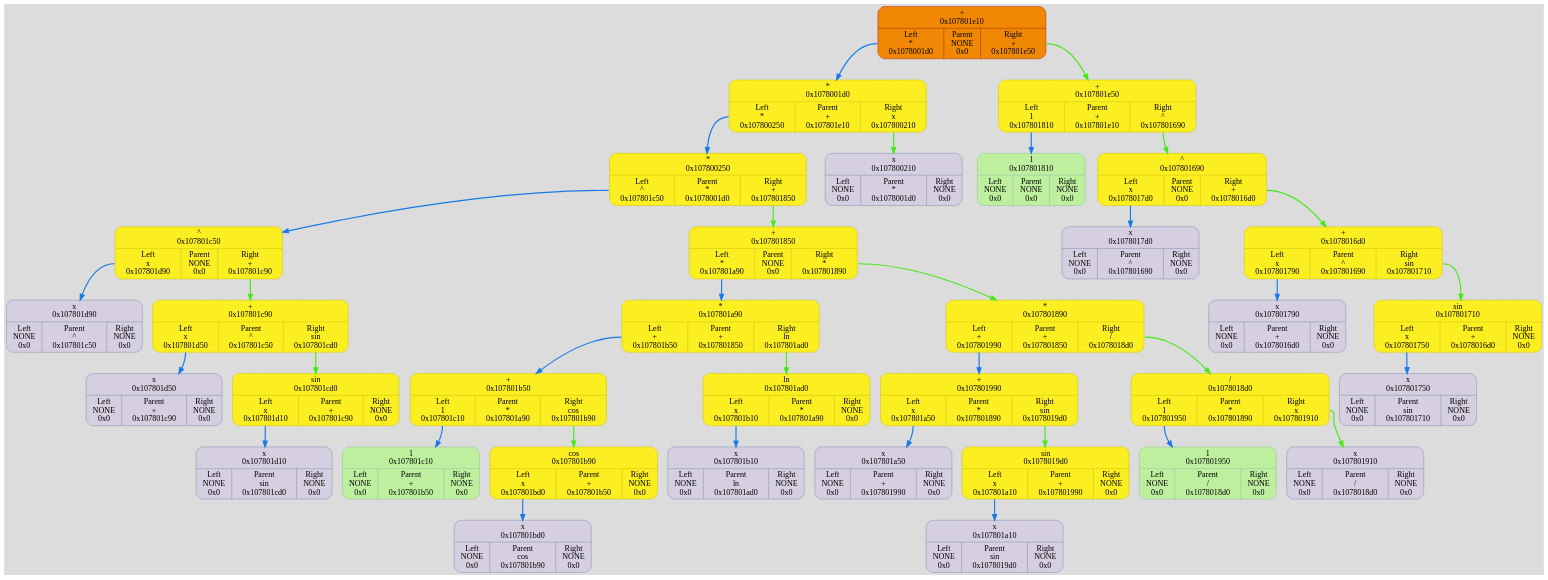
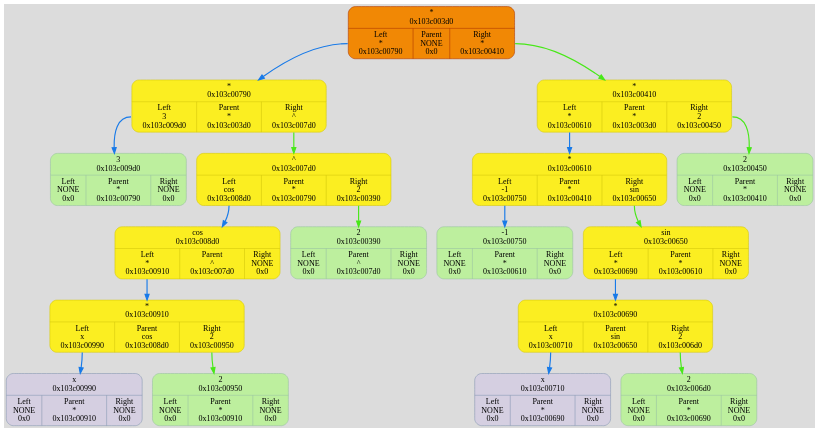
Before and after one commit to TolikRogov/Differentiator: the diagram in dump/graph.dot, drawn with Graphviz. The commit also changed 17 other files, not shown here.

```diff
--- a/dump/graph.dot
+++ b/dump/graph.dot
@@ -2,105 +2,54 @@
 	fontname = "UbuntuMono";
 	bgcolor = "#DCDCDC";
 
-	node0x107801e10 [ shape = Mrecord; style = filled; fillcolor = "#FBEE21"; color = "#D3C70D"; fontcolor = "#000000"; label = " { +\n0x107801e10 | { <left> Left\n*\n0x1078001d0 | Parent\nNONE\n0x0 | <right> Right\n+\n0x107801e50 } } "; ];
-	node0x107801e10:<left> -> node0x1078001d0 [ style = "bold"; color = "#187AE8"; label = ""; ];
-	node0x1078001d0 [ shape = Mrecord; style = filled; fillcolor = "#FBEE21"; color = "#D3C70D"; fontcolor = "#000000"; label = " { *\n0x1078001d0 | { <left> Left\n*\n0x107800250 | Parent\n+\n0x107801e10 | <right> Right\nx\n0x107800210 } } "; ];
-	node0x1078001d0:<left> -> node0x107800250 [ style = "bold"; color = "#187AE8"; label = ""; ];
-	node0x107800250 [ shape = Mrecord; style = filled; fillcolor = "#FBEE21"; color = "#D3C70D"; fontcolor = "#000000"; label = " { *\n0x107800250 | { <left> Left\n^\n0x107801c50 | Parent\n*\n0x1078001d0 | <right> Right\n+\n0x107801850 } } "; ];
-	node0x107800250:<left> -> node0x107801c50 [ style = "bold"; color = "#187AE8"; label = ""; ];
-	node0x107801c50 [ shape = Mrecord; style = filled; fillcolor = "#FBEE21"; color = "#D3C70D"; fontcolor = "#000000"; label = " { ^\n0x107801c50 | { <left> Left\nx\n0x107801d90 | Parent\nNONE\n0x0 | <right> Right\n+\n0x107801c90 } } "; ];
-	node0x107801c50:<left> -> node0x107801d90 [ style = "bold"; color = "#187AE8"; label = ""; ];
-	node0x107801d90 [ shape = Mrecord; style = filled; fillcolor = "#D5CFE1"; color = "#8797b2"; fontcolor = "#000000"; label = " { x\n0x107801d90 | { <left> Left\nNONE\n0x0 | Parent\n^\n0x107801c50 | <right> Right\nNONE\n0x0 } } "; ];
-	node0x107801e10 [ fillcolor = "#F18805"; color = "#AF3800"; fontcolor = "#000000"; ];
-	node0x107801c90 [ shape = Mrecord; style = filled; fillcolor = "#FBEE21"; color = "#D3C70D"; fontcolor = "#000000"; label = " { +\n0x107801c90 | { <left> Left\nx\n0x107801d50 | Parent\n^\n0x107801c50 | <right> Right\nsin\n0x107801cd0 } } "; ];
-	node0x107801c90:<left> -> node0x107801d50 [ style = "bold"; color = "#187AE8"; label = ""; ];
-	node0x107801d50 [ shape = Mrecord; style = filled; fillcolor = "#D5CFE1"; color = "#8797b2"; fontcolor = "#000000"; label = " { x\n0x107801d50 | { <left> Left\nNONE\n0x0 | Parent\n+\n0x107801c90 | <right> Right\nNONE\n0x0 } } "; ];
-	node0x107801e10 [ fillcolor = "#F18805"; color = "#AF3800"; fontcolor = "#000000"; ];
-	node0x107801cd0 [ shape = Mrecord; style = filled; fillcolor = "#FBEE21"; color = "#D3C70D"; fontcolor = "#000000"; label = " { sin\n0x107801cd0 | { <left> Left\nx\n0x107801d10 | Parent\n+\n0x107801c90 | <right> Right\nNONE\n0x0 } } "; ];
-	node0x107801cd0:<left> -> node0x107801d10 [ style = "bold"; color = "#187AE8"; label = ""; ];
-	node0x107801d10 [ shape = Mrecord; style = filled; fillcolor = "#D5CFE1"; color = "#8797b2"; fontcolor = "#000000"; label = " { x\n0x107801d10 | { <left> Left\nNONE\n0x0 | Parent\nsin\n0x107801cd0 | <right> Right\nNONE\n0x0 } } "; ];
-	node0x107801e10 [ fillcolor = "#F18805"; color = "#AF3800"; fontcolor = "#000000"; ];
-	node0x107801e10 [ fillcolor = "#F18805"; color = "#AF3800"; fontcolor = "#000000"; ];
-	node0x107801c90:<right> -> node0x107801cd0 [ style = "bold"; color = "#48E818"; label = ""; ];
-	node0x107801e10 [ fillcolor = "#F18805"; color = "#AF3800"; fontcolor = "#000000"; ];
-	node0x107801c50:<right> -> node0x107801c90 [ style = "bold"; color = "#48E818"; label = ""; ];
-	node0x107801e10 [ fillcolor = "#F18805"; color = "#AF3800"; fontcolor = "#000000"; ];
-	node0x107801850 [ shape = Mrecord; style = filled; fillcolor = "#FBEE21"; color = "#D3C70D"; fontcolor = "#000000"; label = " { +\n0x107801850 | { <left> Left\n*\n0x107801a90 | Parent\nNONE\n0x0 | <right> Right\n*\n0x107801890 } } "; ];
-	node0x107801850:<left> -> node0x107801a90 [ style = "bold"; color = "#187AE8"; label = ""; ];
-	node0x107801a90 [ shape = Mrecord; style = filled; fillcolor = "#FBEE21"; color = "#D3C70D"; fontcolor = "#000000"; label = " { *\n0x107801a90 | { <left> Left\n+\n0x107801b50 | Parent\n+\n0x107801850 | <right> Right\nln\n0x107801ad0 } } "; ];
-	node0x107801a90:<left> -> node0x107801b50 [ style = "bold"; color = "#187AE8"; label = ""; ];
-	node0x107801b50 [ shape = Mrecord; style = filled; fillcolor = "#FBEE21"; color = "#D3C70D"; fontcolor = "#000000"; label = " { +\n0x107801b50 | { <left> Left\n1\n0x107801c10 | Parent\n*\n0x107801a90 | <right> Right\ncos\n0x107801b90 } } "; ];
-	node0x107801b50:<left> -> node0x107801c10 [ style = "bold"; color = "#187AE8"; label = ""; ];
-	node0x107801c10 [ shape = Mrecord; style = filled; fillcolor = "#BDEF9E"; color = "#99c2a2"; fontcolor = "#000000"; label = " { 1\n0x107801c10 | { <left> Left\nNONE\n0x0 | Parent\n+\n0x107801b50 | <right> Right\nNONE\n0x0 } } "; ];
-	node0x107801e10 [ fillcolor = "#F18805"; color = "#AF3800"; fontcolor = "#000000"; ];
-	node0x107801b90 [ shape = Mrecord; style = filled; fillcolor = "#FBEE21"; color = "#D3C70D"; fontcolor = "#000000"; label = " { cos\n0x107801b90 | { <left> Left\nx\n0x107801bd0 | Parent\n+\n0x107801b50 | <right> Right\nNONE\n0x0 } } "; ];
-	node0x107801b90:<left> -> node0x107801bd0 [ style = "bold"; color = "#187AE8"; label = ""; ];
-	node0x107801bd0 [ shape = Mrecord; style = filled; fillcolor = "#D5CFE1"; color = "#8797b2"; fontcolor = "#000000"; label = " { x\n0x107801bd0 | { <left> Left\nNONE\n0x0 | Parent\ncos\n0x107801b90 | <right> Right\nNONE\n0x0 } } "; ];
-	node0x107801e10 [ fillcolor = "#F18805"; color = "#AF3800"; fontcolor = "#000000"; ];
-	node0x107801e10 [ fillcolor = "#F18805"; color = "#AF3800"; fontcolor = "#000000"; ];
-	node0x107801b50:<right> -> node0x107801b90 [ style = "bold"; color = "#48E818"; label = ""; ];
-	node0x107801e10 [ fillcolor = "#F18805"; color = "#AF3800"; fontcolor = "#000000"; ];
-	node0x107801ad0 [ shape = Mrecord; style = filled; fillcolor = "#FBEE21"; color = "#D3C70D"; fontcolor = "#000000"; label = " { ln\n0x107801ad0 | { <left> Left\nx\n0x107801b10 | Parent\n*\n0x107801a90 | <right> Right\nNONE\n0x0 } } "; ];
-	node0x107801ad0:<left> -> node0x107801b10 [ style = "bold"; color = "#187AE8"; label = ""; ];
-	node0x107801b10 [ shape = Mrecord; style = filled; fillcolor = "#D5CFE1"; color = "#8797b2"; fontcolor = "#000000"; label = " { x\n0x107801b10 | { <left> Left\nNONE\n0x0 | Parent\nln\n0x107801ad0 | <right> Right\nNONE\n0x0 } } "; ];
-	node0x107801e10 [ fillcolor = "#F18805"; color = "#AF3800"; fontcolor = "#000000"; ];
-	node0x107801e10 [ fillcolor = "#F18805"; color = "#AF3800"; fontcolor = "#000000"; ];
-	node0x107801a90:<right> -> node0x107801ad0 [ style = "bold"; color = "#48E818"; label = ""; ];
-	node0x107801e10 [ fillcolor = "#F18805"; color = "#AF3800"; fontcolor = "#000000"; ];
-	node0x107801890 [ shape = Mrecord; style = filled; fillcolor = "#FBEE21"; color = "#D3C70D"; fontcolor = "#000000"; label = " { *\n0x107801890 | { <left> Left\n+\n0x107801990 | Parent\n+\n0x107801850 | <right> Right\n/\n0x1078018d0 } } "; ];
-	node0x107801890:<left> -> node0x107801990 [ style = "bold"; color = "#187AE8"; label = ""; ];
-	node0x107801990 [ shape = Mrecord; style = filled; fillcolor = "#FBEE21"; color = "#D3C70D"; fontcolor = "#000000"; label = " { +\n0x107801990 | { <left> Left\nx\n0x107801a50 | Parent\n*\n0x107801890 | <right> Right\nsin\n0x1078019d0 } } "; ];
-	node0x107801990:<left> -> node0x107801a50 [ style = "bold"; color = "#187AE8"; label = ""; ];
-	node0x107801a50 [ shape = Mrecord; style = filled; fillcolor = "#D5CFE1"; color = "#8797b2"; fontcolor = "#000000"; label = " { x\n0x107801a50 | { <left> Left\nNONE\n0x0 | Parent\n+\n0x107801990 | <right> Right\nNONE\n0x0 } } "; ];
-	node0x107801e10 [ fillcolor = "#F18805"; color = "#AF3800"; fontcolor = "#000000"; ];
-	node0x1078019d0 [ shape = Mrecord; style = filled; fillcolor = "#FBEE21"; color = "#D3C70D"; fontcolor = "#000000"; label = " { sin\n0x1078019d0 | { <left> Left\nx\n0x107801a10 | Parent\n+\n0x107801990 | <right> Right\nNONE\n0x0 } } "; ];
-	node0x1078019d0:<left> -> node0x107801a10 [ style = "bold"; color = "#187AE8"; label = ""; ];
-	node0x107801a10 [ shape = Mrecord; style = filled; fillcolor = "#D5CFE1"; color = "#8797b2"; fontcolor = "#000000"; label = " { x\n0x107801a10 | { <left> Left\nNONE\n0x0 | Parent\nsin\n0x1078019d0 | <right> Right\nNONE\n0x0 } } "; ];
-	node0x107801e10 [ fillcolor = "#F18805"; color = "#AF3800"; fontcolor = "#000000"; ];
-	node0x107801e10 [ fillcolor = "#F18805"; color = "#AF3800"; fontcolor = "#000000"; ];
-	node0x107801990:<right> -> node0x1078019d0 [ style = "bold"; color = "#48E818"; label = ""; ];
-	node0x107801e10 [ fillcolor = "#F18805"; color = "#AF3800"; fontcolor = "#000000"; ];
-	node0x1078018d0 [ shape = Mrecord; style = filled; fillcolor = "#FBEE21"; color = "#D3C70D"; fontcolor = "#000000"; label = " { /\n0x1078018d0 | { <left> Left\n1\n0x107801950 | Parent\n*\n0x107801890 | <right> Right\nx\n0x107801910 } } "; ];
-	node0x1078018d0:<left> -> node0x107801950 [ style = "bold"; color = "#187AE8"; label = ""; ];
-	node0x107801950 [ shape = Mrecord; style = filled; fillcolor = "#BDEF9E"; color = "#99c2a2"; fontcolor = "#000000"; label = " { 1\n0x107801950 | { <left> Left\nNONE\n0x0 | Parent\n/\n0x1078018d0 | <right> Right\nNONE\n0x0 } } "; ];
-	node0x107801e10 [ fillcolor = "#F18805"; color = "#AF3800"; fontcolor = "#000000"; ];
-	node0x107801910 [ shape = Mrecord; style = filled; fillcolor = "#D5CFE1"; color = "#8797b2"; fontcolor = "#000000"; label = " { x\n0x107801910 | { <left> Left\nNONE\n0x0 | Parent\n/\n0x1078018d0 | <right> Right\nNONE\n0x0 } } "; ];
-	node0x107801e10 [ fillcolor = "#F18805"; color = "#AF3800"; fontcolor = "#000000"; ];
-	node0x1078018d0:<right> -> node0x107801910 [ style = "bold"; color = "#48E818"; label = ""; ];
-	node0x107801e10 [ fillcolor = "#F18805"; color = "#AF3800"; fontcolor = "#000000"; ];
-	node0x107801890:<right> -> node0x1078018d0 [ style = "bold"; color = "#48E818"; label = ""; ];
-	node0x107801e10 [ fillcolor = "#F18805"; color = "#AF3800"; fontcolor = "#000000"; ];
-	node0x107801850:<right> -> node0x107801890 [ style = "bold"; color = "#48E818"; label = ""; ];
-	node0x107801e10 [ fillcolor = "#F18805"; color = "#AF3800"; fontcolor = "#000000"; ];
-	node0x107800250:<right> -> node0x107801850 [ style = "bold"; color = "#48E818"; label = ""; ];
-	node0x107801e10 [ fillcolor = "#F18805"; color = "#AF3800"; fontcolor = "#000000"; ];
-	node0x107800210 [ shape = Mrecord; style = filled; fillcolor = "#D5CFE1"; color = "#8797b2"; fontcolor = "#000000"; label = " { x\n0x107800210 | { <left> Left\nNONE\n0x0 | Parent\n*\n0x1078001d0 | <right> Right\nNONE\n0x0 } } "; ];
-	node0x107801e10 [ fillcolor = "#F18805"; color = "#AF3800"; fontcolor = "#000000"; ];
-	node0x1078001d0:<right> -> node0x107800210 [ style = "bold"; color = "#48E818"; label = ""; ];
-	node0x107801e10 [ fillcolor = "#F18805"; color = "#AF3800"; fontcolor = "#000000"; ];
-	node0x107801e50 [ shape = Mrecord; style = filled; fillcolor = "#FBEE21"; color = "#D3C70D"; fontcolor = "#000000"; label = " { +\n0x107801e50 | { <left> Left\n1\n0x107801810 | Parent\n+\n0x107801e10 | <right> Right\n^\n0x107801690 } } "; ];
-	node0x107801e50:<left> -> node0x107801810 [ style = "bold"; color = "#187AE8"; label = ""; ];
-	node0x107801810 [ shape = Mrecord; style = filled; fillcolor = "#BDEF9E"; color = "#99c2a2"; fontcolor = "#000000"; label = " { 1\n0x107801810 | { <left> Left\nNONE\n0x0 | Parent\nNONE\n0x0 | <right> Right\nNONE\n0x0 } } "; ];
-	node0x107801e10 [ fillcolor = "#F18805"; color = "#AF3800"; fontcolor = "#000000"; ];
-	node0x107801690 [ shape = Mrecord; style = filled; fillcolor = "#FBEE21"; color = "#D3C70D"; fontcolor = "#000000"; label = " { ^\n0x107801690 | { <left> Left\nx\n0x1078017d0 | Parent\nNONE\n0x0 | <right> Right\n+\n0x1078016d0 } } "; ];
-	node0x107801690:<left> -> node0x1078017d0 [ style = "bold"; color = "#187AE8"; label = ""; ];
-	node0x1078017d0 [ shape = Mrecord; style = filled; fillcolor = "#D5CFE1"; color = "#8797b2"; fontcolor = "#000000"; label = " { x\n0x1078017d0 | { <left> Left\nNONE\n0x0 | Parent\n^\n0x107801690 | <right> Right\nNONE\n0x0 } } "; ];
-	node0x107801e10 [ fillcolor = "#F18805"; color = "#AF3800"; fontcolor = "#000000"; ];
-	node0x1078016d0 [ shape = Mrecord; style = filled; fillcolor = "#FBEE21"; color = "#D3C70D"; fontcolor = "#000000"; label = " { +\n0x1078016d0 | { <left> Left\nx\n0x107801790 | Parent\n^\n0x107801690 | <right> Right\nsin\n0x107801710 } } "; ];
-	node0x1078016d0:<left> -> node0x107801790 [ style = "bold"; color = "#187AE8"; label = ""; ];
-	node0x107801790 [ shape = Mrecord; style = filled; fillcolor = "#D5CFE1"; color = "#8797b2"; fontcolor = "#000000"; label = " { x\n0x107801790 | { <left> Left\nNONE\n0x0 | Parent\n+\n0x1078016d0 | <right> Right\nNONE\n0x0 } } "; ];
-	node0x107801e10 [ fillcolor = "#F18805"; color = "#AF3800"; fontcolor = "#000000"; ];
-	node0x107801710 [ shape = Mrecord; style = filled; fillcolor = "#FBEE21"; color = "#D3C70D"; fontcolor = "#000000"; label = " { sin\n0x107801710 | { <left> Left\nx\n0x107801750 | Parent\n+\n0x1078016d0 | <right> Right\nNONE\n0x0 } } "; ];
-	node0x107801710:<left> -> node0x107801750 [ style = "bold"; color = "#187AE8"; label = ""; ];
-	node0x107801750 [ shape = Mrecord; style = filled; fillcolor = "#D5CFE1"; color = "#8797b2"; fontcolor = "#000000"; label = " { x\n0x107801750 | { <left> Left\nNONE\n0x0 | Parent\nsin\n0x107801710 | <right> Right\nNONE\n0x0 } } "; ];
-	node0x107801e10 [ fillcolor = "#F18805"; color = "#AF3800"; fontcolor = "#000000"; ];
-	node0x107801e10 [ fillcolor = "#F18805"; color = "#AF3800"; fontcolor = "#000000"; ];
-	node0x1078016d0:<right> -> node0x107801710 [ style = "bold"; color = "#48E818"; label = ""; ];
-	node0x107801e10 [ fillcolor = "#F18805"; color = "#AF3800"; fontcolor = "#000000"; ];
-	node0x107801690:<right> -> node0x1078016d0 [ style = "bold"; color = "#48E818"; label = ""; ];
-	node0x107801e10 [ fillcolor = "#F18805"; color = "#AF3800"; fontcolor = "#000000"; ];
-	node0x107801e50:<right> -> node0x107801690 [ style = "bold"; color = "#48E818"; label = ""; ];
-	node0x107801e10 [ fillcolor = "#F18805"; color = "#AF3800"; fontcolor = "#000000"; ];
-	node0x107801e10:<right> -> node0x107801e50 [ style = "bold"; color = "#48E818"; label = ""; ];
-	node0x107801e10 [ fillcolor = "#F18805"; color = "#AF3800"; fontcolor = "#000000"; ];
+	node0x103c003d0 [ shape = Mrecord; style = filled; fillcolor = "#FBEE21"; color = "#D3C70D"; fontcolor = "#000000"; label = " { *\n0x103c003d0 | { <left> Left\n*\n0x103c00790 | Parent\nNONE\n0x0 | <right> Right\n*\n0x103c00410 } } "; ];
+	node0x103c003d0:<left> -> node0x103c00790 [ style = "bold"; color = "#187AE8"; label = ""; ];
+	node0x103c00790 [ shape = Mrecord; style = filled; fillcolor = "#FBEE21"; color = "#D3C70D"; fontcolor = "#000000"; label = " { *\n0x103c00790 | { <left> Left\n3\n0x103c009d0 | Parent\n*\n0x103c003d0 | <right> Right\n^\n0x103c007d0 } } "; ];
+	node0x103c00790:<left> -> node0x103c009d0 [ style = "bold"; color = "#187AE8"; label = ""; ];
+	node0x103c009d0 [ shape = Mrecord; style = filled; fillcolor = "#BDEF9E"; color = "#99c2a2"; fontcolor = "#000000"; label = " { 3\n0x103c009d0 | { <left> Left\nNONE\n0x0 | Parent\n*\n0x103c00790 | <right> Right\nNONE\n0x0 } } "; ];
+	node0x103c003d0 [ fillcolor = "#F18805"; color = "#AF3800"; fontcolor = "#000000"; ];
+	node0x103c007d0 [ shape = Mrecord; style = filled; fillcolor = "#FBEE21"; color = "#D3C70D"; fontcolor = "#000000"; label = " { ^\n0x103c007d0 | { <left> Left\ncos\n0x103c008d0 | Parent\n*\n0x103c00790 | <right> Right\n2\n0x103c00390 } } "; ];
+	node0x103c007d0:<left> -> node0x103c008d0 [ style = "bold"; color = "#187AE8"; label = ""; ];
+	node0x103c008d0 [ shape = Mrecord; style = filled; fillcolor = "#FBEE21"; color = "#D3C70D"; fontcolor = "#000000"; label = " { cos\n0x103c008d0 | { <left> Left\n*\n0x103c00910 | Parent\n^\n0x103c007d0 | <right> Right\nNONE\n0x0 } } "; ];
+	node0x103c008d0:<left> -> node0x103c00910 [ style = "bold"; color = "#187AE8"; label = ""; ];
+	node0x103c00910 [ shape = Mrecord; style = filled; fillcolor = "#FBEE21"; color = "#D3C70D"; fontcolor = "#000000"; label = " { *\n0x103c00910 | { <left> Left\nx\n0x103c00990 | Parent\ncos\n0x103c008d0 | <right> Right\n2\n0x103c00950 } } "; ];
+	node0x103c00910:<left> -> node0x103c00990 [ style = "bold"; color = "#187AE8"; label = ""; ];
+	node0x103c00990 [ shape = Mrecord; style = filled; fillcolor = "#D5CFE1"; color = "#8797b2"; fontcolor = "#000000"; label = " { x\n0x103c00990 | { <left> Left\nNONE\n0x0 | Parent\n*\n0x103c00910 | <right> Right\nNONE\n0x0 } } "; ];
+	node0x103c003d0 [ fillcolor = "#F18805"; color = "#AF3800"; fontcolor = "#000000"; ];
+	node0x103c00950 [ shape = Mrecord; style = filled; fillcolor = "#BDEF9E"; color = "#99c2a2"; fontcolor = "#000000"; label = " { 2\n0x103c00950 | { <left> Left\nNONE\n0x0 | Parent\n*\n0x103c00910 | <right> Right\nNONE\n0x0 } } "; ];
+	node0x103c003d0 [ fillcolor = "#F18805"; color = "#AF3800"; fontcolor = "#000000"; ];
+	node0x103c00910:<right> -> node0x103c00950 [ style = "bold"; color = "#48E818"; label = ""; ];
+	node0x103c003d0 [ fillcolor = "#F18805"; color = "#AF3800"; fontcolor = "#000000"; ];
+	node0x103c003d0 [ fillcolor = "#F18805"; color = "#AF3800"; fontcolor = "#000000"; ];
+	node0x103c00390 [ shape = Mrecord; style = filled; fillcolor = "#BDEF9E"; color = "#99c2a2"; fontcolor = "#000000"; label = " { 2\n0x103c00390 | { <left> Left\nNONE\n0x0 | Parent\n^\n0x103c007d0 | <right> Right\nNONE\n0x0 } } "; ];
+	node0x103c003d0 [ fillcolor = "#F18805"; color = "#AF3800"; fontcolor = "#000000"; ];
+	node0x103c007d0:<right> -> node0x103c00390 [ style = "bold"; color = "#48E818"; label = ""; ];
+	node0x103c003d0 [ fillcolor = "#F18805"; color = "#AF3800"; fontcolor = "#000000"; ];
+	node0x103c00790:<right> -> node0x103c007d0 [ style = "bold"; color = "#48E818"; label = ""; ];
+	node0x103c003d0 [ fillcolor = "#F18805"; color = "#AF3800"; fontcolor = "#000000"; ];
+	node0x103c00410 [ shape = Mrecord; style = filled; fillcolor = "#FBEE21"; color = "#D3C70D"; fontcolor = "#000000"; label = " { *\n0x103c00410 | { <left> Left\n*\n0x103c00610 | Parent\n*\n0x103c003d0 | <right> Right\n2\n0x103c00450 } } "; ];
+	node0x103c00410:<left> -> node0x103c00610 [ style = "bold"; color = "#187AE8"; label = ""; ];
+	node0x103c00610 [ shape = Mrecord; style = filled; fillcolor = "#FBEE21"; color = "#D3C70D"; fontcolor = "#000000"; label = " { *\n0x103c00610 | { <left> Left\n-1\n0x103c00750 | Parent\n*\n0x103c00410 | <right> Right\nsin\n0x103c00650 } } "; ];
+	node0x103c00610:<left> -> node0x103c00750 [ style = "bold"; color = "#187AE8"; label = ""; ];
+	node0x103c00750 [ shape = Mrecord; style = filled; fillcolor = "#BDEF9E"; color = "#99c2a2"; fontcolor = "#000000"; label = " { -1\n0x103c00750 | { <left> Left\nNONE\n0x0 | Parent\n*\n0x103c00610 | <right> Right\nNONE\n0x0 } } "; ];
+	node0x103c003d0 [ fillcolor = "#F18805"; color = "#AF3800"; fontcolor = "#000000"; ];
+	node0x103c00650 [ shape = Mrecord; style = filled; fillcolor = "#FBEE21"; color = "#D3C70D"; fontcolor = "#000000"; label = " { sin\n0x103c00650 | { <left> Left\n*\n0x103c00690 | Parent\n*\n0x103c00610 | <right> Right\nNONE\n0x0 } } "; ];
+	node0x103c00650:<left> -> node0x103c00690 [ style = "bold"; color = "#187AE8"; label = ""; ];
+	node0x103c00690 [ shape = Mrecord; style = filled; fillcolor = "#FBEE21"; color = "#D3C70D"; fontcolor = "#000000"; label = " { *\n0x103c00690 | { <left> Left\nx\n0x103c00710 | Parent\nsin\n0x103c00650 | <right> Right\n2\n0x103c006d0 } } "; ];
+	node0x103c00690:<left> -> node0x103c00710 [ style = "bold"; color = "#187AE8"; label = ""; ];
+	node0x103c00710 [ shape = Mrecord; style = filled; fillcolor = "#D5CFE1"; color = "#8797b2"; fontcolor = "#000000"; label = " { x\n0x103c00710 | { <left> Left\nNONE\n0x0 | Parent\n*\n0x103c00690 | <right> Right\nNONE\n0x0 } } "; ];
+	node0x103c003d0 [ fillcolor = "#F18805"; color = "#AF3800"; fontcolor = "#000000"; ];
+	node0x103c006d0 [ shape = Mrecord; style = filled; fillcolor = "#BDEF9E"; color = "#99c2a2"; fontcolor = "#000000"; label = " { 2\n0x103c006d0 | { <left> Left\nNONE\n0x0 | Parent\n*\n0x103c00690 | <right> Right\nNONE\n0x0 } } "; ];
+	node0x103c003d0 [ fillcolor = "#F18805"; color = "#AF3800"; fontcolor = "#000000"; ];
+	node0x103c00690:<right> -> node0x103c006d0 [ style = "bold"; color = "#48E818"; label = ""; ];
+	node0x103c003d0 [ fillcolor = "#F18805"; color = "#AF3800"; fontcolor = "#000000"; ];
+	node0x103c003d0 [ fillcolor = "#F18805"; color = "#AF3800"; fontcolor = "#000000"; ];
+	node0x103c00610:<right> -> node0x103c00650 [ style = "bold"; color = "#48E818"; label = ""; ];
+	node0x103c003d0 [ fillcolor = "#F18805"; color = "#AF3800"; fontcolor = "#000000"; ];
+	node0x103c00450 [ shape = Mrecord; style = filled; fillcolor = "#BDEF9E"; color = "#99c2a2"; fontcolor = "#000000"; label = " { 2\n0x103c00450 | { <left> Left\nNONE\n0x0 | Parent\n*\n0x103c00410 | <right> Right\nNONE\n0x0 } } "; ];
+	node0x103c003d0 [ fillcolor = "#F18805"; color = "#AF3800"; fontcolor = "#000000"; ];
+	node0x103c00410:<right> -> node0x103c00450 [ style = "bold"; color = "#48E818"; label = ""; ];
+	node0x103c003d0 [ fillcolor = "#F18805"; color = "#AF3800"; fontcolor = "#000000"; ];
+	node0x103c003d0:<right> -> node0x103c00410 [ style = "bold"; color = "#48E818"; label = ""; ];
+	node0x103c003d0 [ fillcolor = "#F18805"; color = "#AF3800"; fontcolor = "#000000"; ];
 }
```
